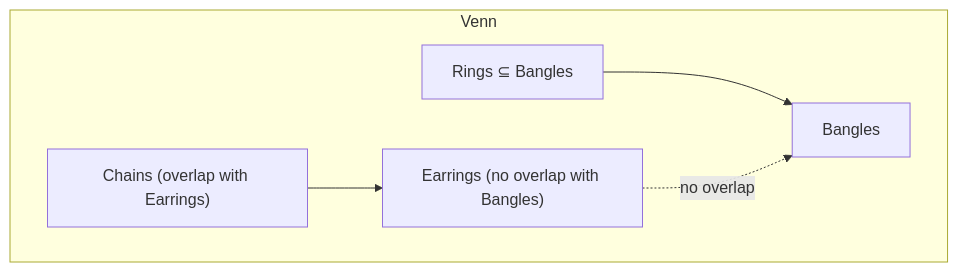
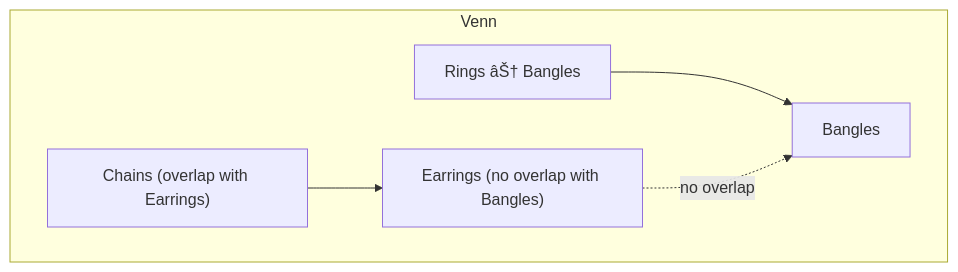
Before and after one commit to Raushan666java/ai-engineering-journey: the second of 3 diagrams in docs/courses/government-pyqs/02-ibps-so-2023.md, drawn with Mermaid. The commit also changed other lines of this file and 735 other files, not shown here.

````diff
--- a/docs/courses/government-pyqs/02-ibps-so-2023.md
+++ b/docs/courses/government-pyqs/02-ibps-so-2023.md
@@ -343,12 +343,12 @@
 ```mermaid
 graph TD
     subgraph Venn
-        R["Rings ⊆ Bangles"]
+        R["Rings âŠ† Bangles"]
         B["Bangles"]
         E["Earrings (no overlap with Bangles)"]
         C["Chains (overlap with Earrings)"]
     end
     R --> B
     E -. "no overlap" .-> B
     C --> E
 ```
````
